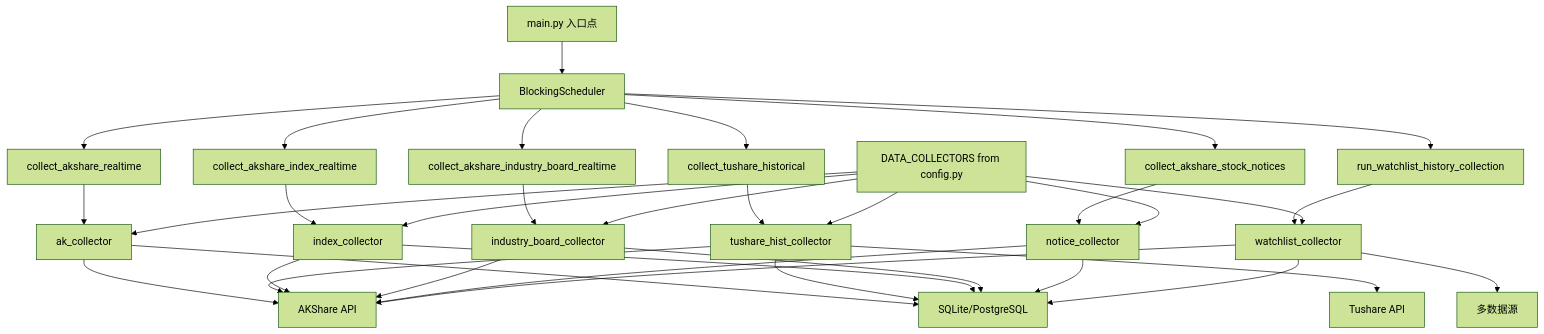
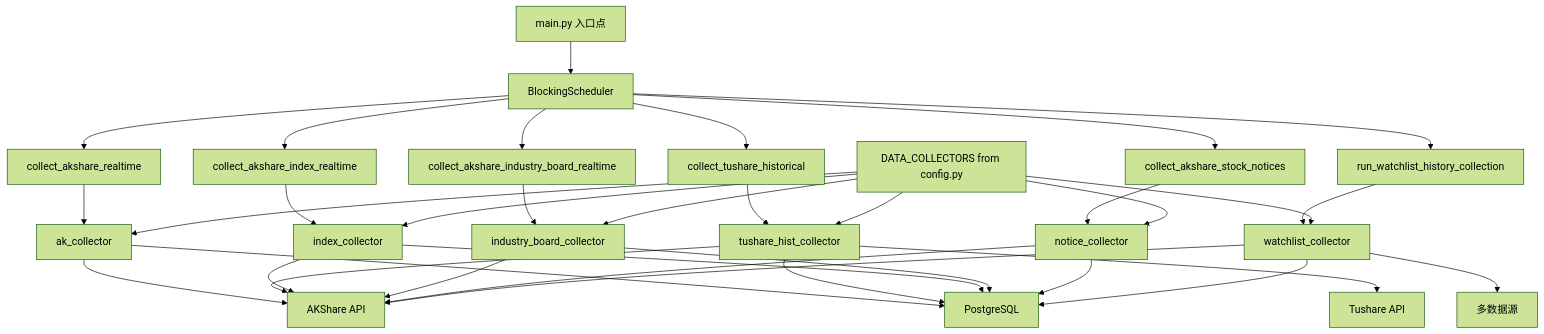
One commit to wangj9601/stock_quote_analayze changed the third of 4 diagrams in docs/design/系统设计.md. Above: the diagram before and after it, drawn with Mermaid (forest theme). The commit also changed other lines of this file and 10 other files, not shown here.

````diff
--- a/docs/design/系统设计.md
+++ b/docs/design/系统设计.md
@@ -187,21 +207,21 @@
 ```mermaid
 graph TB
     A[main.py 入口点] --> B[BlockingScheduler]
     B --> C1[collect_akshare_realtime]
     B --> C2[collect_tushare_historical]
     B --> C3[collect_akshare_index_realtime]
     B --> C4[collect_akshare_industry_board_realtime]
     B --> C5[collect_akshare_stock_notices]
     B --> C6[run_watchlist_history_collection]
     C1 --> D1[ak_collector]
     C2 --> D2[tushare_hist_collector]
     C3 --> D3[index_collector]
     C4 --> D4[industry_board_collector]
     C5 --> D5[notice_collector]
     C6 --> D6[watchlist_collector]
     E[DATA_COLLECTORS from config.py] --> D1 & D2 & D3 & D4 & D5 & D6
     D1 & D2 & D3 & D4 & D5 & D6 --> F1[AKShare API]
     D2 --> F2[Tushare API]
     D6 --> F3[多数据源]
-    D1 & D2 & D3 & D4 & D5 & D6 --> G[SQLite/PostgreSQL]
+    D1 & D2 & D3 & D4 & D5 & D6 --> G[PostgreSQL]
 ```
````
